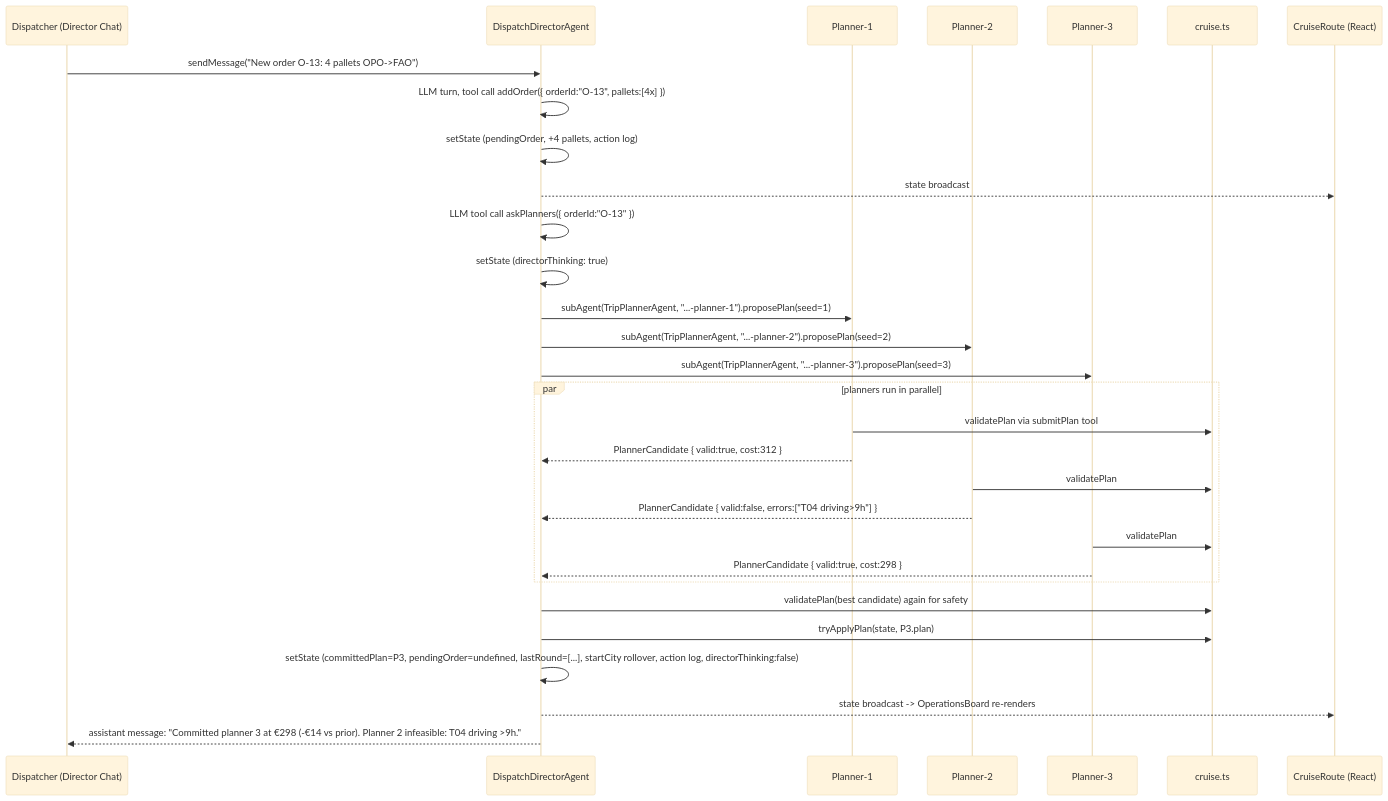
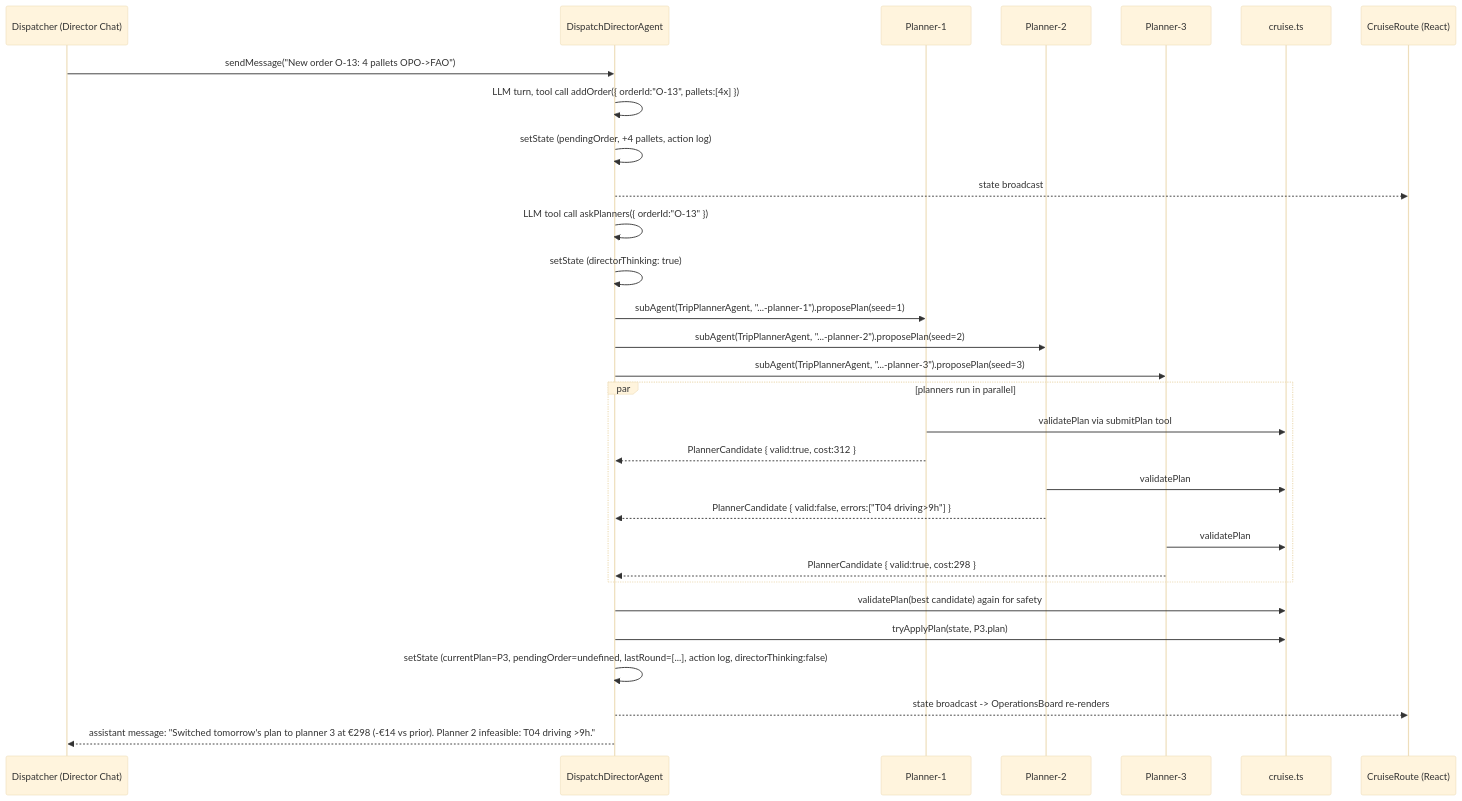
One commit to richwarner/cruise changed the diagram in PLAN.md. Above: the diagram before and after it, drawn with Mermaid (base theme). The commit also changed other lines of this file and 38 other files, not shown here.

````diff
--- a/PLAN.md
+++ b/PLAN.md
@@ -622,33 +631,33 @@
 ```mermaid
 sequenceDiagram
     participant U as Dispatcher (Director Chat)
     participant D as DispatchDirectorAgent
     participant P1 as Planner-1
     participant P2 as Planner-2
     participant P3 as Planner-3
     participant C as cruise.ts
     participant UI as CruiseRoute (React)
 
     U->>D: sendMessage("New order O-13: 4 pallets OPO->FAO")
     D->>D: LLM turn, tool call addOrder({ orderId:"O-13", pallets:[4x] })
     D->>D: setState (pendingOrder, +4 pallets, action log)
     D-->>UI: state broadcast
     D->>D: LLM tool call askPlanners({ orderId:"O-13" })
     D->>D: setState (directorThinking: true)
     D->>P1: subAgent(TripPlannerAgent, "...-planner-1").proposePlan(seed=1)
     D->>P2: subAgent(TripPlannerAgent, "...-planner-2").proposePlan(seed=2)
     D->>P3: subAgent(TripPlannerAgent, "...-planner-3").proposePlan(seed=3)
     par planners run in parallel
       P1->>C: validatePlan via submitPlan tool
       P1-->>D: PlannerCandidate { valid:true, cost:312 }
       P2->>C: validatePlan
       P2-->>D: PlannerCandidate { valid:false, errors:["T04 driving>9h"] }
       P3->>C: validatePlan
       P3-->>D: PlannerCandidate { valid:true, cost:298 }
     end
     D->>C: validatePlan(best candidate) again for safety
     D->>C: tryApplyPlan(state, P3.plan)
-    D->>D: setState (committedPlan=P3, pendingOrder=undefined, lastRound=[...], startCity rollover, action log, directorThinking:false)
+    D->>D: setState (currentPlan=P3, pendingOrder=undefined, lastRound=[...], action log, directorThinking:false)
     D-->>UI: state broadcast -> OperationsBoard re-renders
-    D-->>U: assistant message: "Committed planner 3 at €298 (-€14 vs prior). Planner 2 infeasible: T04 driving >9h."
+    D-->>U: assistant message: "Switched tomorrow's plan to planner 3 at €298 (-€14 vs prior). Planner 2 infeasible: T04 driving >9h."
 ```
````
